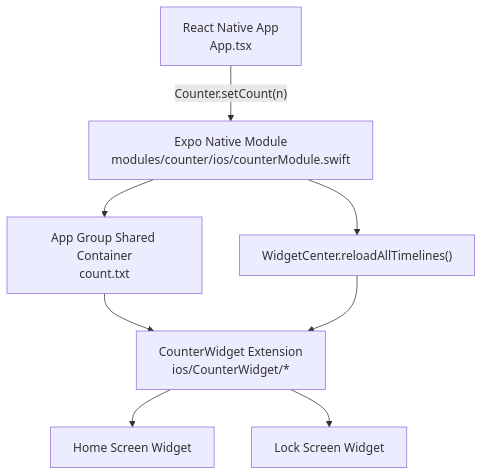
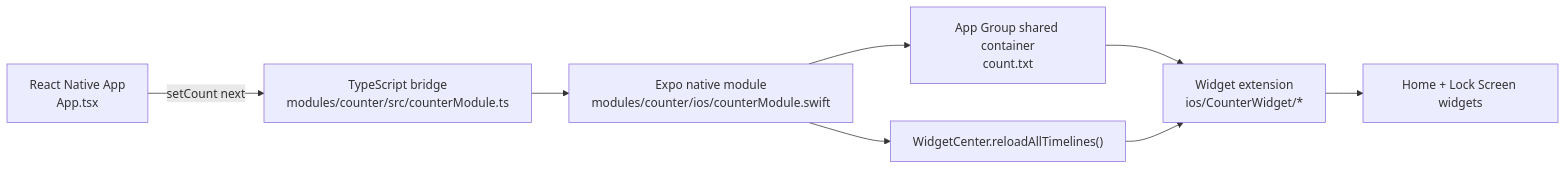
One commit to dacitto/widget-ios changed the first of 3 diagrams in README.md. Above: the diagram before and after it, drawn with Mermaid. The commit also changed other lines of this file, not shown here.

Commit message:
Expand README with plugin, native module, widget architecture, and flow diagrams

````diff
--- a/README.md
+++ b/README.md
@@ -15,10 +22,10 @@
 ```mermaid
-flowchart TD
-  A["React Native App<br/>App.tsx"] -->|"Counter.setCount(n)"| B["Expo Native Module<br/>modules/counter/ios/counterModule.swift"]
-  B --> C["App Group Shared Container<br/>count.txt"]
-  B --> D["WidgetCenter.reloadAllTimelines()"]
-  C --> E["CounterWidget Extension<br/>ios/CounterWidget/*"]
-  D --> E
-  E --> F["Home Screen Widget"]
-  E --> G["Lock Screen Widget"]
+flowchart LR
+  App["React Native App<br/>App.tsx"] -->|setCount next| JSBridge["TypeScript bridge<br/>modules/counter/src/counterModule.ts"]
+  JSBridge --> NativeModule["Expo native module<br/>modules/counter/ios/counterModule.swift"]
+  NativeModule --> SharedStore["App Group shared container<br/>count.txt"]
+  NativeModule --> WidgetKit["WidgetCenter.reloadAllTimelines()"]
+  SharedStore --> WidgetExt["Widget extension<br/>ios/CounterWidget/*"]
+  WidgetKit --> WidgetExt
+  WidgetExt --> Widgets["Home + Lock Screen widgets"]
 ```
````
